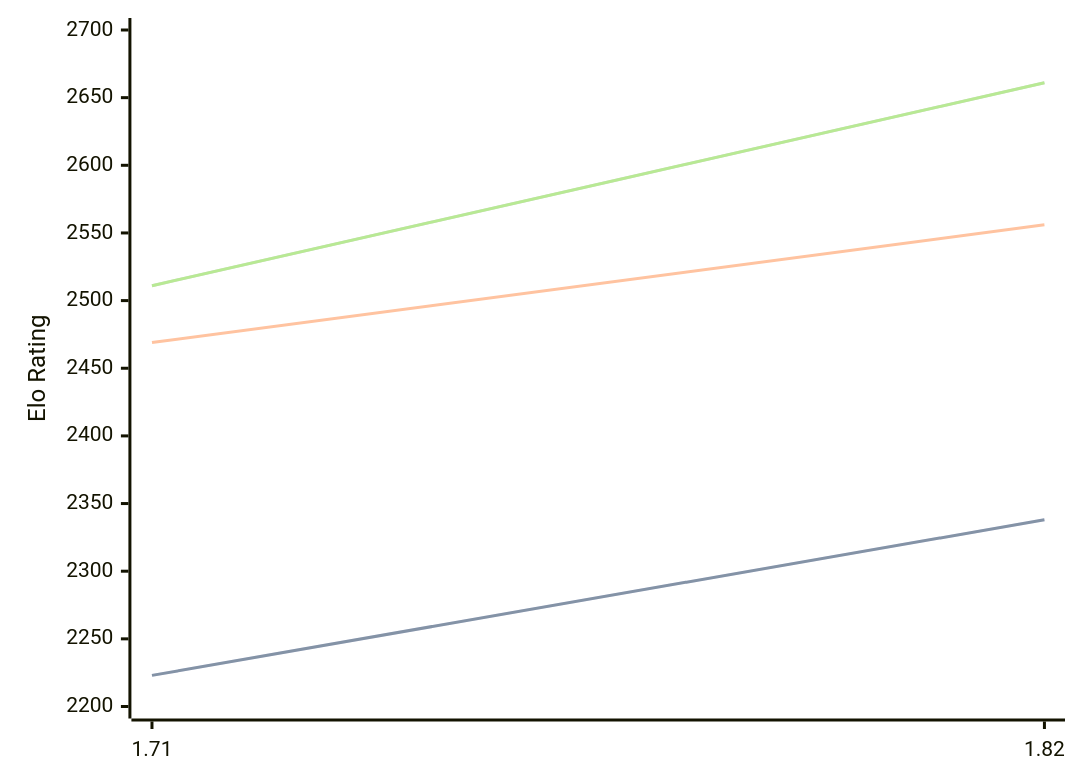
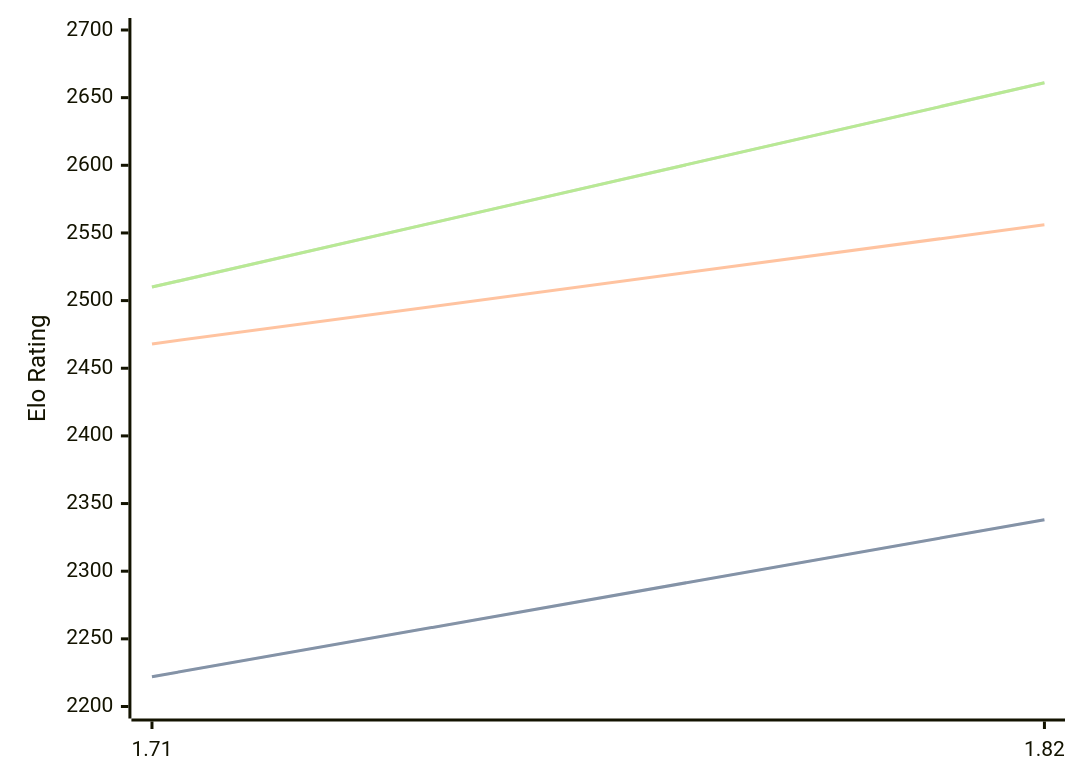
One commit to computer-chess-index/cci changed the diagram in engines/Amira.md. Above: the diagram before and after it, drawn with Mermaid. The commit also changed other lines of this file, not shown here.

Commit message:
Update CCI Ratings (ELO VLTC) - 2026-04-17

````diff
--- a/engines/Amira.md
+++ b/engines/Amira.md
@@ -35,11 +35,11 @@
 ```mermaid
 %%{init: {"theme":"base","themeVariables":{"seriesColors:['#a3a3a3','#222221','#faa371']}}}%%
 xychart-beta
   x-axis ["1.71", "1.82"]
   y-axis "Elo Rating" 2200 --> 2700
-  line "STC (8.0+0.08s)" [2223, 2338]
-  line "STC (8.0+0.08s)" [2223, 2338]
-  line "LTC (60.0+0.60s)" [2469, 2556]
-  line "VLTC (2m24s+1.12s)" [2511, 2661]
-  line "VLTC (2m24s+1.12s)" [2511, 2661]
+  line "STC (8.0+0.08s)" [2222, 2338]
+  line "STC (8.0+0.08s)" [2222, 2338]
+  line "LTC (60.0+0.60s)" [2468, 2556]
+  line "VLTC (2m24s+1.12s)" [2510, 2661]
+  line "VLTC (2m24s+1.12s)" [2510, 2661]
 ```
````
